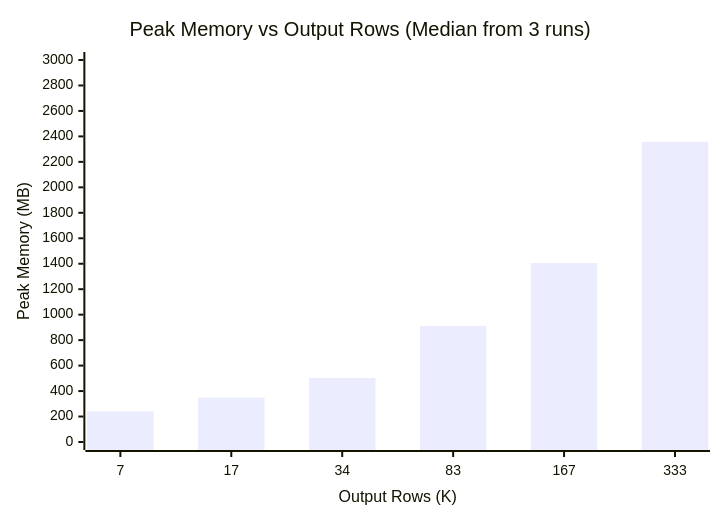
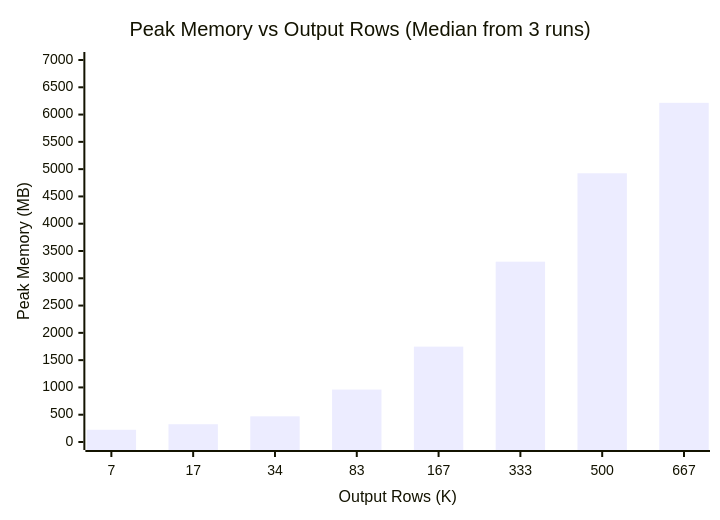
The first of 3 diagrams in docs/benchmarks/OCP_ON_AWS_BENCHMARK_RESULTS.md (jordigilh/poc-parquet-aggregator), drawn with Mermaid before and after one commit. The commit also changed other lines of this file, not shown here.

````diff
--- a/docs/benchmarks/OCP_ON_AWS_BENCHMARK_RESULTS.md
+++ b/docs/benchmarks/OCP_ON_AWS_BENCHMARK_RESULTS.md
@@ -114,7 +120,7 @@
 ```mermaid
 xychart-beta
     title "Peak Memory vs Output Rows (Median from 3 runs)"
-    x-axis "Output Rows (K)" [7, 17, 34, 83, 167, 333]
-    y-axis "Peak Memory (MB)" 0 --> 3000
-    bar [241, 349, 503, 912, 1405, 2358]
+    x-axis "Output Rows (K)" [7, 17, 34, 83, 167, 333, 500, 667]
+    y-axis "Peak Memory (MB)" 0 --> 7000
+    bar [224, 326, 470, 961, 1748, 3304, 4924, 6215]
 ```
````
